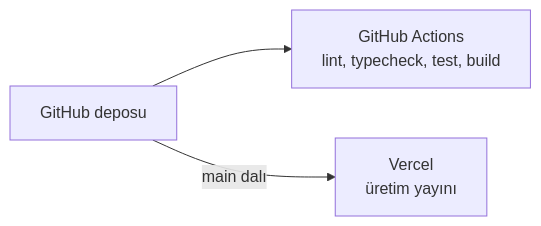
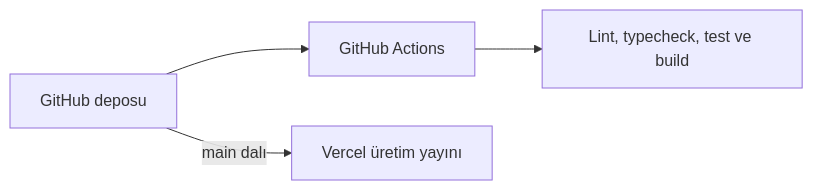
One commit to selanurayaz/kirsaliz changed the third of 3 diagrams in README.md. Above: the diagram before and after it, drawn with Mermaid. The commit also changed other lines of this file, not shown here.

Commit message:
fix: correct README Mermaid diagrams

````diff
--- a/README.md
+++ b/README.md
@@ -141,5 +140,6 @@
 ```mermaid
 flowchart LR
-    Dev["GitHub deposu"] --> CI["GitHub Actions<br/>lint, typecheck, test, build"]
-    Dev -- "main dalı" --> Vercel["Vercel<br/>üretim yayını"]
+    Repo["GitHub deposu"] --> CI["GitHub Actions"]
+    CI --> Checks["Lint, typecheck, test ve build"]
+    Repo -->|main dalı| Vercel["Vercel üretim yayını"]
 ```
````
